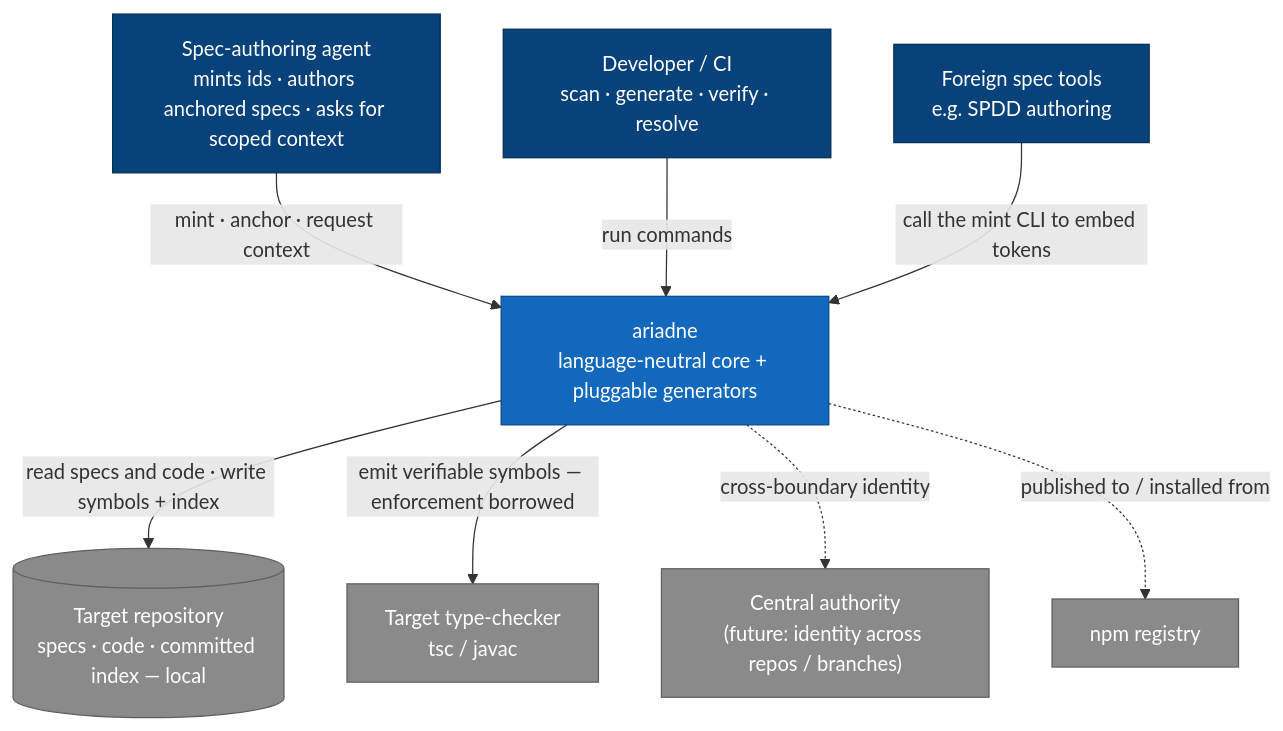
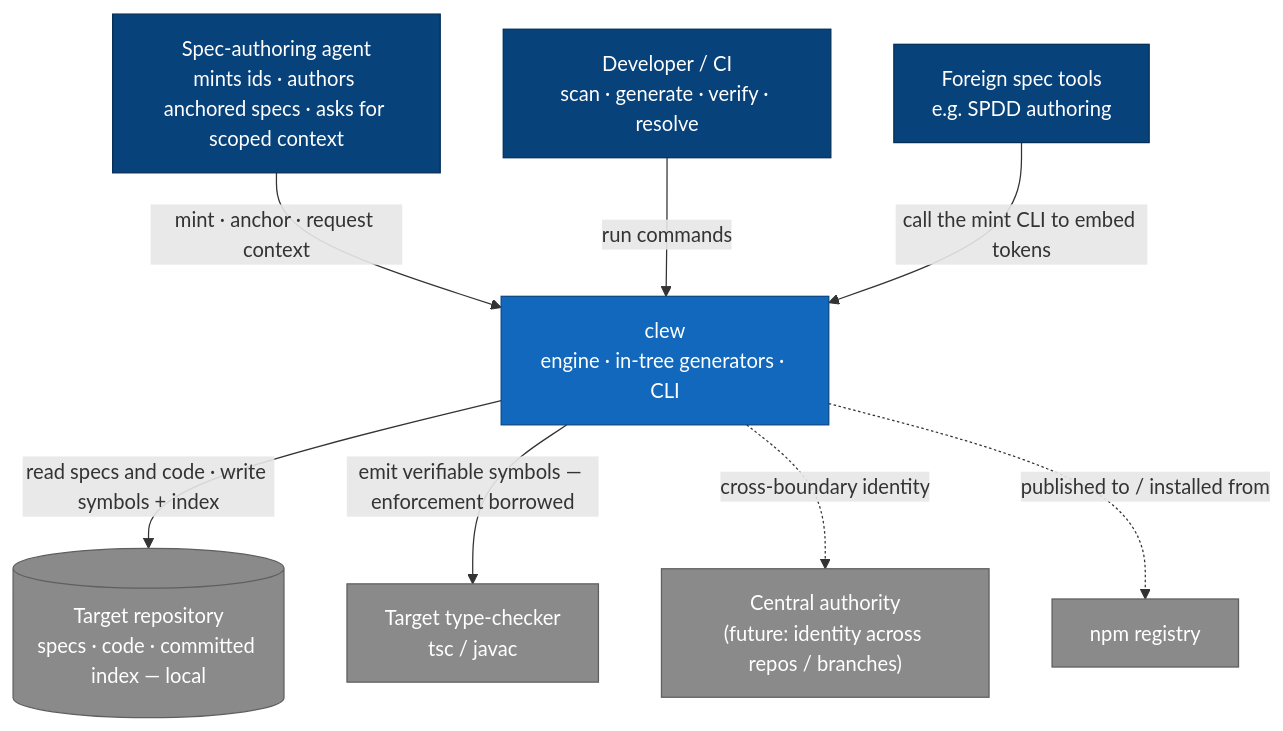
Before and after one commit to ariadne-systems/clew: the first of 2 diagrams in docs/spec/architecture.md, drawn with Mermaid. The commit also changed other lines of this file and 161 other files, not shown here.

First line of the commit message:
refactor(STR-028): fold generators and CLI into @ariadne-thread/clew

````diff
--- a/docs/spec/architecture.md
+++ b/docs/spec/architecture.md
@@ -61,28 +61,28 @@
 ```mermaid
 flowchart TB
     agent["Spec-authoring agent<br/>mints ids · authors anchored specs · asks for scoped context"]
     dev["Developer / CI<br/>scan · generate · verify · resolve"]
     foreign["Foreign spec tools<br/>e.g. SPDD authoring"]
 
-    ariadne["ariadne<br/>language-neutral core + pluggable generators"]
+    ariadne["clew<br/>engine · in-tree generators · CLI"]
 
     repo[("Target repository<br/>specs · code · committed index — local")]
     checker["Target type-checker<br/>tsc / javac"]
     authority["Central authority<br/>(future: identity across repos / branches)"]
     npmreg["npm registry"]
 
     agent -->|mint · anchor · request context| ariadne
     dev -->|run commands| ariadne
     foreign -->|call the mint CLI to embed tokens| ariadne
     ariadne -->|read specs and code · write symbols + index| repo
     ariadne -->|emit verifiable symbols — enforcement borrowed| checker
     ariadne -.->|cross-boundary identity| authority
     ariadne -.->|published to / installed from| npmreg
 
     classDef person fill:#08427b,color:#fff,stroke:#052e56;
     classDef system fill:#1168bd,color:#fff,stroke:#0b4884;
     classDef external fill:#8a8a8a,color:#fff,stroke:#5f5f5f;
     class agent,dev,foreign person;
     class ariadne system;
     class repo,checker,authority,npmreg external;
 ```
````
